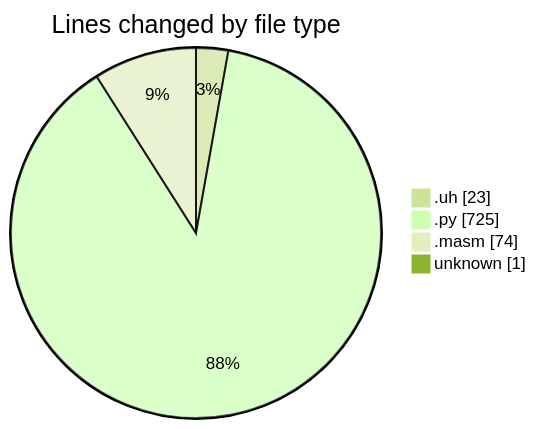
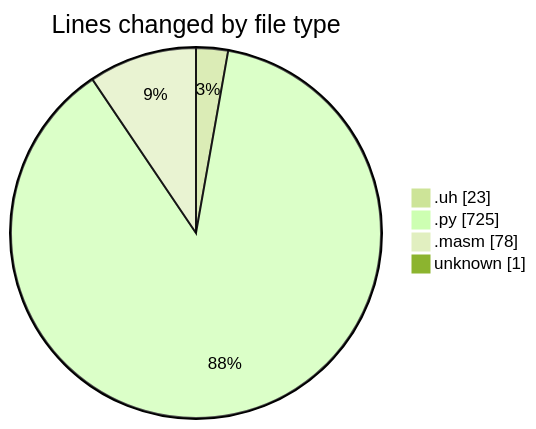
One commit to charlie-sans/code-tracking changed the first of 2 diagrams in 2025-04-29/uhigh-lang/README.md. Above: the diagram before and after it, drawn with Mermaid (forest theme). The commit also changed other lines of this file and 1 other file, not shown here.

````diff
--- a/2025-04-29/uhigh-lang/README.md
+++ b/2025-04-29/uhigh-lang/README.md
@@ -25,8 +25,8 @@
 ```mermaid
 pie showData
 title Lines changed by file type
 ".uh" : 23
 ".py" : 725
-".masm" : 74
+".masm" : 78
 "unknown" : 1
 ```
````
